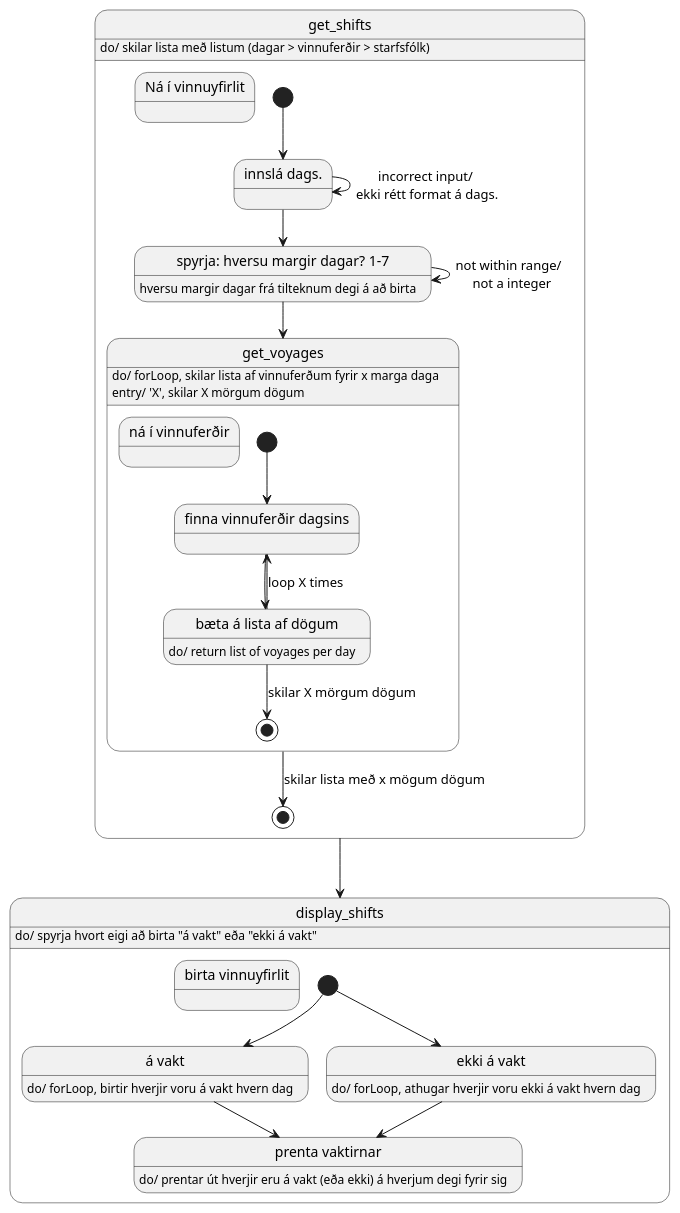
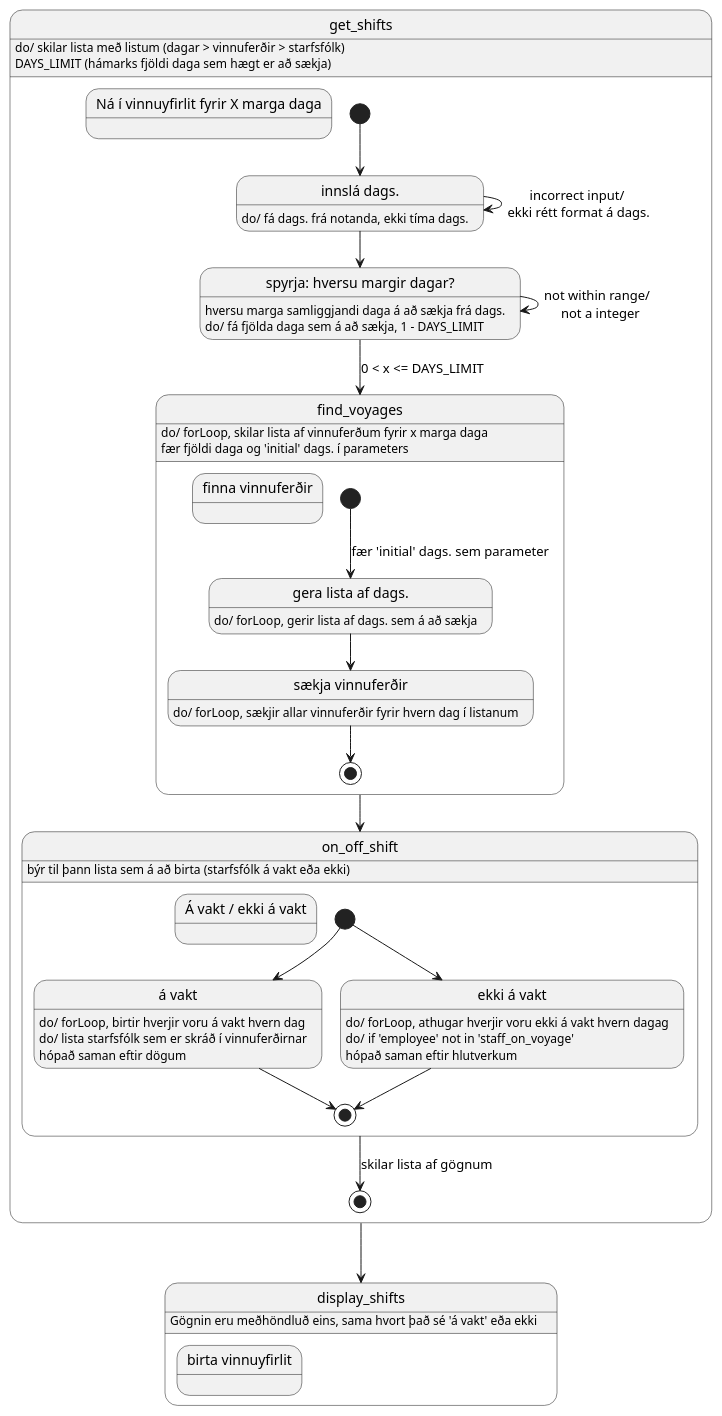
Before and after one commit to MyraMidnight/VLN1_h16: the diagram in diagrams/state/state_program/state_get_shift.puml, drawn with PlantUML. The commit also changed 8 other files, not shown here.

Commit message:
diary, STUDENTDATA and some diagrams

```diff
--- a/diagrams/state/state_program/state_get_shift.puml
+++ b/diagrams/state/state_program/state_get_shift.puml
@@ -1,51 +1,64 @@
 @startuml 
-  
+
 state get_shifts {
-  state get_shifts as "Ná í vinnuyfirlit"
+  state get_shifts as "Ná í vinnuyfirlit fyrir X marga daga"
     get_shifts : do/ skilar lista með listum (dagar > vinnuferðir > starfsfólk)
+    get_shifts : DAYS_LIMIT (hámarks fjöldi daga sem hægt er að sækja)
   
   state input_date as "innslá dags."
-  state how_many_days as "spyrja: hversu margir dagar? 1-7"
-    how_many_days : hversu margir dagar frá tilteknum degi á að birta
+    input_date : do/ fá dags. frá notanda, ekki tíma dags.
+  state how_many_days as "spyrja: hversu margir dagar?"
+    how_many_days : hversu marga samliggjandi daga á að sækja frá dags.
+    how_many_days : do/ fá fjölda daga sem á að sækja, 1 - DAYS_LIMIT
+  state find_voyages {
+    state find_voyages as "finna vinnuferðir"
+      find_voyages : do/ forLoop, skilar lista af vinnuferðum fyrir x marga daga
+      find_voyages : fær fjöldi daga og 'initial' dags. í parameters
+  
+    state list_dates as "gera lista af dags."
+      list_dates : do/ forLoop, gerir lista af dags. sem á að sækja
+    state get_voyages as "sækja vinnuferðir"
+      get_voyages : do/ forLoop, sækjir allar vinnuferðir fyrir hvern dag í listanum
 
-  state get_voyages {
-    state get_voyages as "ná í vinnuferðir"
-      get_voyages : do/ forLoop, skilar lista af vinnuferðum fyrir x marga daga
-      get_voyages : entry/ 'X', skilar X mörgum dögum
-    state fetch_voyages as "finna vinnuferðir dagsins"
-    state make_days_list as "bæta á lista af dögum"
-      make_days_list : do/ return list of voyages per day
+    [*] --> list_dates : fær 'initial' dags. sem parameter
+    list_dates --> get_voyages
+    get_voyages --> [*]
+  }
 
-    [*] --> fetch_voyages
-    fetch_voyages --> make_days_list
-    make_days_list --> fetch_voyages : loop X times
-    make_days_list --> [*] : skilar X mörgum dögum
+  state on_off_shift {
+    state on_off_shift as "Á vakt / ekki á vakt"
+      on_off_shift : býr til þann lista sem á að birta (starfsfólk á vakt eða ekki)
+
+    state get_on_shift as "á vakt"
+      get_on_shift : do/ forLoop, birtir hverjir voru á vakt hvern dag
+      get_on_shift : do/ lista starfsfólk sem er skráð í vinnuferðirnar
+      get_on_shift : hópað saman eftir dögum
+    state get_off_shift as "ekki á vakt"
+      get_off_shift : do/ forLoop, athugar hverjir voru ekki á vakt hvern dagag
+      get_off_shift : do/ if 'employee' not in 'staff_on_voyage'
+      get_off_shift : hópað saman eftir hlutverkum
+
+    [*] --> get_on_shift
+    [*] --> get_off_shift
+    get_on_shift --> [*]
+    get_off_shift --> [*]
   }
 
   [*] --> input_date
   input_date --> input_date : incorrect input/ \nekki rétt format á dags.
   input_date --> how_many_days
-  how_many_days --> get_voyages
+  how_many_days --> find_voyages : 0 < x <= DAYS_LIMIT
     how_many_days --> how_many_days : not within range/ \n not a integer
-  get_voyages --> [*] : skilar lista með x mögum dögum
+  find_voyages --> on_off_shift
+  on_off_shift --> [*] : skilar lista af gögnum
+
 }
 
-state display_shifts {
+state display_shifts  {
+
   state display_shifts as "birta vinnuyfirlit"
-    display_shifts : do/ spyrja hvort eigi að birta "á vakt" eða "ekki á vakt"
-
-  state get_on_shift as "á vakt"
-    get_on_shift : do/ forLoop, birtir hverjir voru á vakt hvern dag
-  state get_off_shift as "ekki á vakt"
-    get_off_shift : do/ forLoop, athugar hverjir voru ekki á vakt hvern dag
-  state print_shifts as "prenta vaktirnar"
-    print_shifts : do/ prentar út hverjir eru á vakt (eða ekki) á hverjum degi fyrir sig
-
-  [*] --> get_on_shift
-  [*] --> get_off_shift
-  get_on_shift --> print_shifts
-  get_off_shift --> print_shifts
+    display_shifts : Gögnin eru meðhöndluð eins, sama hvort það sé 'á vakt' eða ekki
 
 }
-get_shifts --> display_shifts
+get_shifts -->  display_shifts
 @enduml
```
